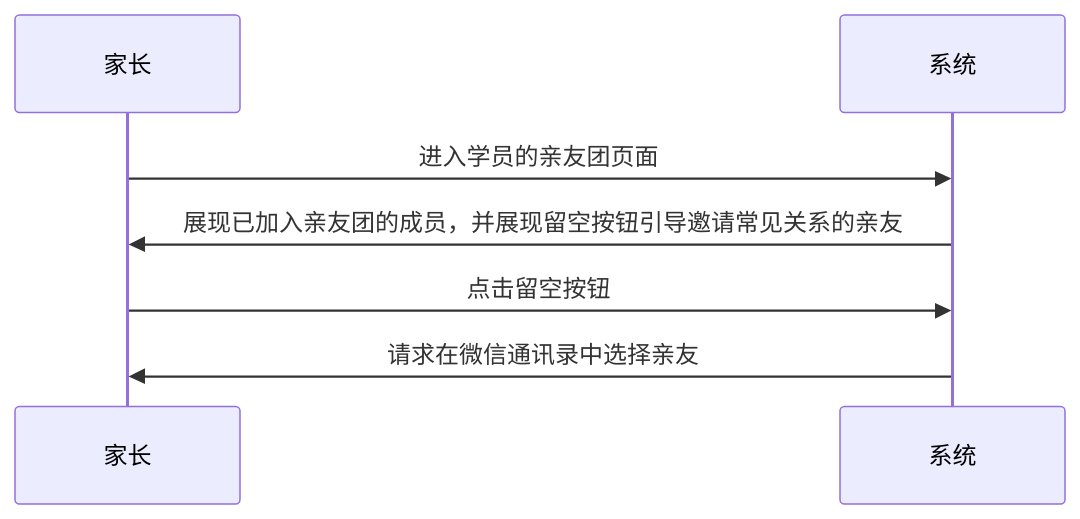
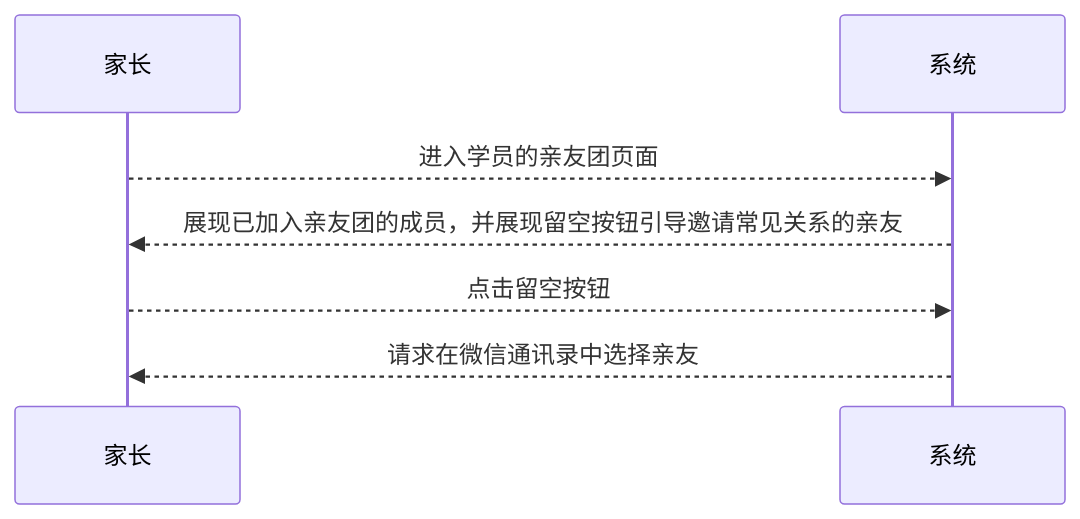
One commit to world-wide-web/sign changed the first of 2 diagrams in 用例/家长-学员关系绑定.md. Above: the diagram before and after it, drawn with Mermaid. The commit also changed other lines of this file, not shown here.

Commit message:
用例/家长-学员关系绑定.md updated from https://stackedit.io/

````diff
--- a/用例/家长-学员关系绑定.md
+++ b/用例/家长-学员关系绑定.md
@@ -10,12 +10,12 @@
 ```mermaid
 sequenceDiagram
 
-家长->>系统: 进入学员的亲友团页面
+家长-->>系统: 进入学员的亲友团页面
 
-系统->>家长: 展现已加入亲友团的成员，并展现留空按钮引导邀请常见关系的亲友
+系统-->>家长: 展现已加入亲友团的成员，并展现留空按钮引导邀请常见关系的亲友
 
-家长->>系统: 点击留空按钮
+家长-->>系统: 点击留空按钮
 
-系统->>家长: 请求在微信通讯录中选择亲友
+系统-->>家长: 请求在微信通讯录中选择亲友
 
 ```
````
